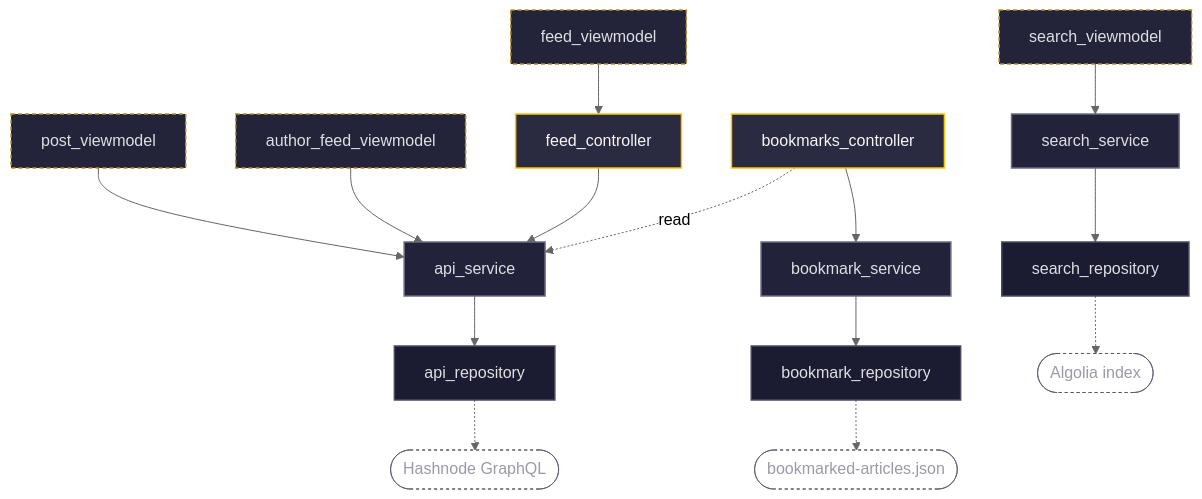
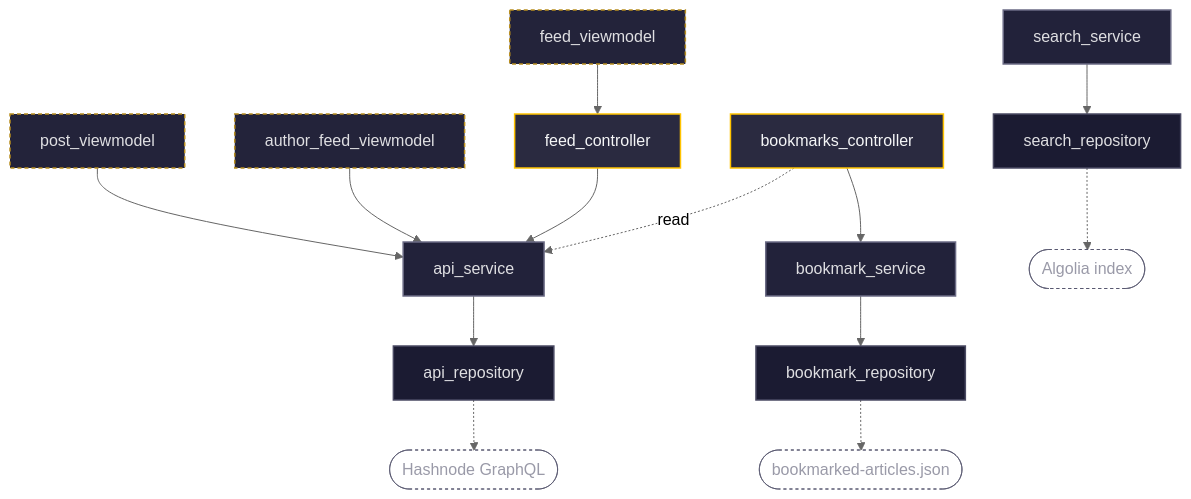
One commit to freeCodeCamp/mobile changed the third of 8 diagrams in docs/LAYER_MAP.md. Above: the diagram before and after it, drawn with Mermaid (neutral theme). The commit also changed other lines of this file and 28 other files, not shown here.

````diff
--- a/docs/LAYER_MAP.md
+++ b/docs/LAYER_MAP.md
@@ -122,43 +122,41 @@
 ```mermaid
 flowchart TD
   PVM["post_viewmodel"]:::vm
   AVM["author_feed_viewmodel"]:::vm
-  SVM["search_viewmodel"]:::vm
   FVM["feed_viewmodel"]:::vm
   FEED["feed_controller"]:::ctrl
   BOOK["bookmarks_controller"]:::ctrl
 
   APIS["api_service"]:::svc
   BMS["bookmark_service"]:::svc
   SRS["search_service"]:::svc
 
   APIR["api_repository"]:::repo
   BMR["bookmark_repository"]:::repo
   SRR["search_repository"]:::repo
 
   SRC1(["Hashnode GraphQL"]):::ext
   SRC2(["bookmarked-articles.json"]):::ext
   SRC3(["Algolia index"]):::ext
 
   PVM --> APIS
   AVM --> APIS
   FEED --> APIS
-  SVM --> SRS
   FVM --> FEED
   BOOK --> BMS
   BOOK -.->|read| APIS
 
   APIS --> APIR
   BMS --> BMR
   SRS --> SRR
 
   APIR -.-> SRC1
   BMR -.-> SRC2
   SRR -.-> SRC3
 
   classDef ctrl fill:#2A2A40,stroke:#FFC300,stroke-width:1.5px,color:#F5F6F7
   classDef vm fill:#23233a,stroke:#B98F1F,stroke-width:1.5px,stroke-dasharray:4 3,color:#DFDFE2
   classDef svc fill:#22223a,stroke:#6B6B85,stroke-width:1.5px,color:#DFDFE2
   classDef repo fill:#1B1B32,stroke:#4A4A63,stroke-width:1.5px,color:#DFDFE2
   classDef ext fill:transparent,stroke:#585870,stroke-width:1px,stroke-dasharray:3 3,color:#9A9AA8
 ```
````
